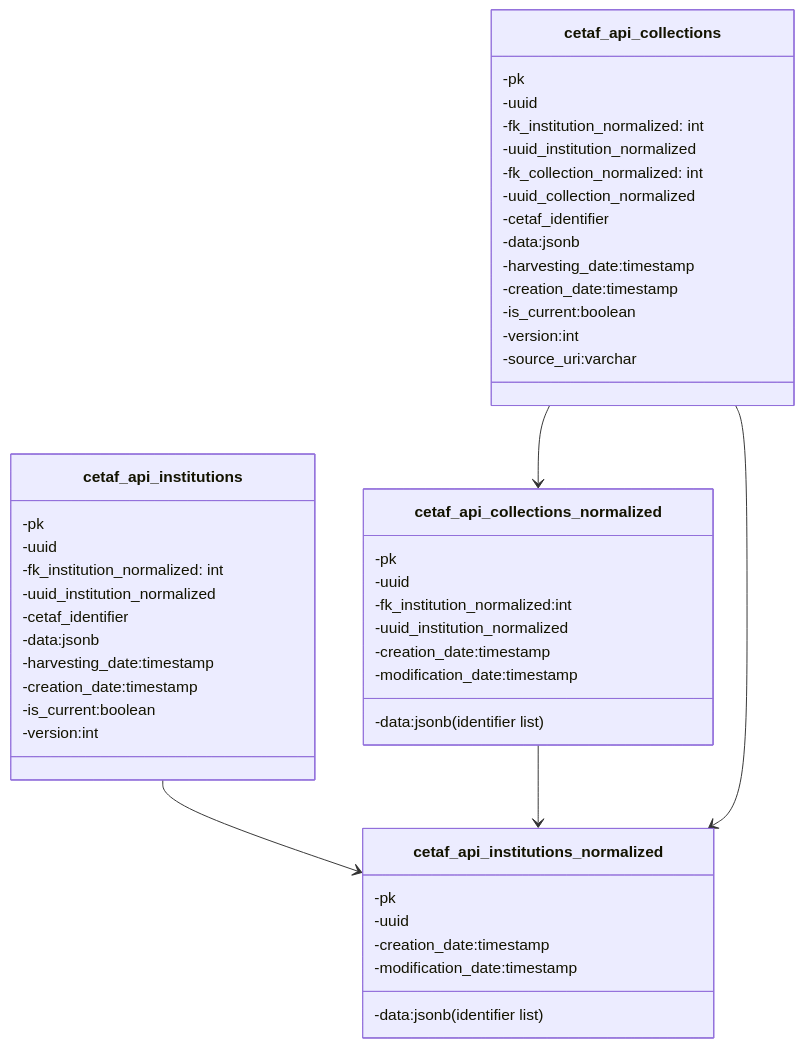
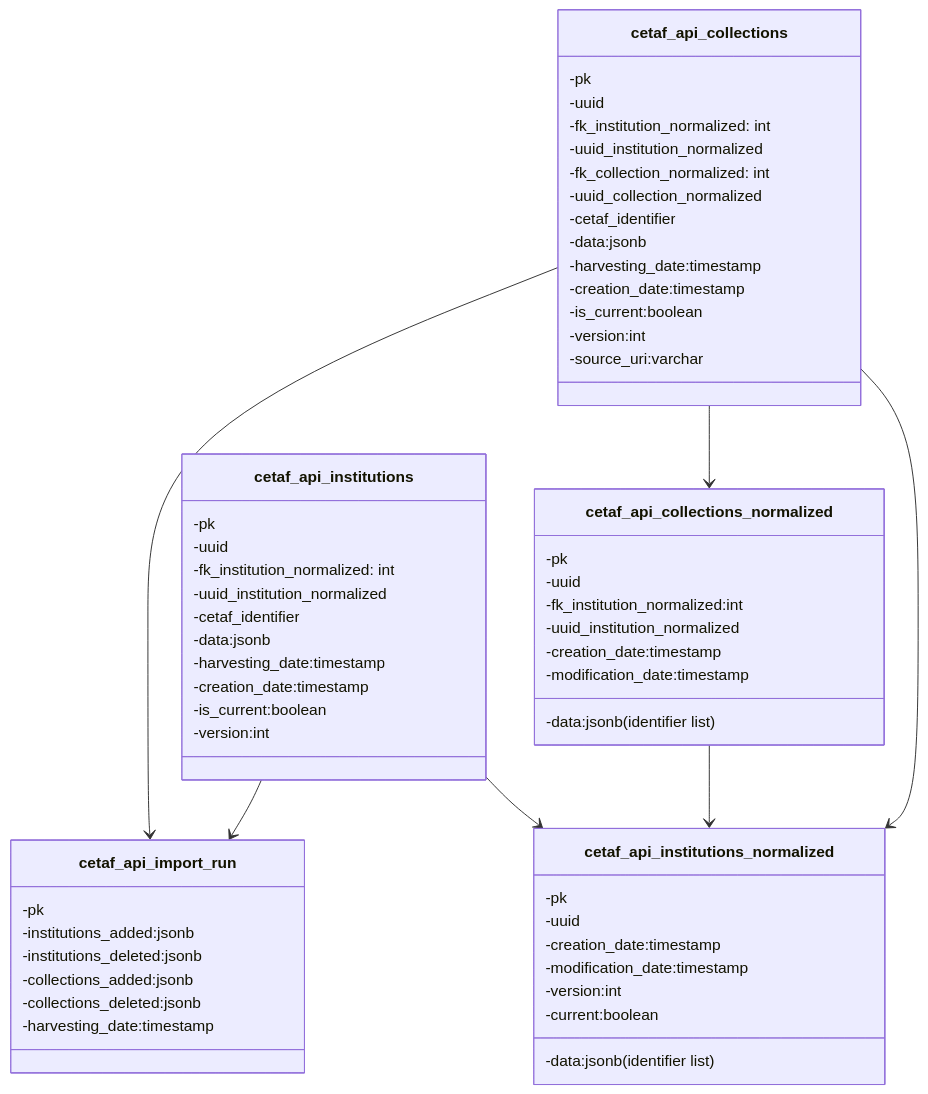
One commit to ftheeten/cetaf_metadata_api changed the second of 2 diagrams in README.md. Above: the diagram before and after it, drawn with Mermaid. The commit also changed other lines of this file, not shown here.

Commit message:
update doc and Mermaid diagram

````diff
--- a/README.md
+++ b/README.md
@@ -64,52 +65,64 @@
   ```mermaid
   classDiagram
+class cetaf_api_import_run{
+       -pk
+       -institutions_added:jsonb
+       -institutions_deleted:jsonb
+       -collections_added:jsonb
+       -collections_deleted:jsonb
+       -harvesting_date:timestamp
+}
 class cetaf_api_institutions_normalized{
        -pk
        -uuid
        -data:jsonb (identifier list)
        -creation_date:timestamp
        -modification_date:timestamp
+       -version:int
+       -current:boolean
   }
  class cetaf_api_collections_normalized{
        -pk       
        -uuid
        -fk_institution_normalized:int
        -uuid_institution_normalized
        -data:jsonb (identifier list)
        -creation_date:timestamp
        -modification_date:timestamp
   }
   class cetaf_api_institutions{
        -pk
        -uuid
        -fk_institution_normalized: int
        -uuid_institution_normalized
        -cetaf_identifier
        -data:jsonb
        -harvesting_date:timestamp
        -creation_date:timestamp
        -is_current:boolean
        -version:int
   }
 class cetaf_api_collections{
        -pk
        -uuid
        -fk_institution_normalized: int
        -uuid_institution_normalized
        -fk_collection_normalized: int
        -uuid_collection_normalized
        -cetaf_identifier
        -data:jsonb
        -harvesting_date:timestamp
        -creation_date:timestamp
        -is_current:boolean
        -version:int
        -source_uri:varchar
   }
 
 
 cetaf_api_institutions-->cetaf_api_institutions_normalized
+cetaf_api_institutions-->cetaf_api_import_run
 cetaf_api_collections_normalized-->cetaf_api_institutions_normalized
 cetaf_api_collections-->cetaf_api_institutions_normalized
 cetaf_api_collections-->cetaf_api_collections_normalized
+cetaf_api_collections-->cetaf_api_import_run
   ```
````
